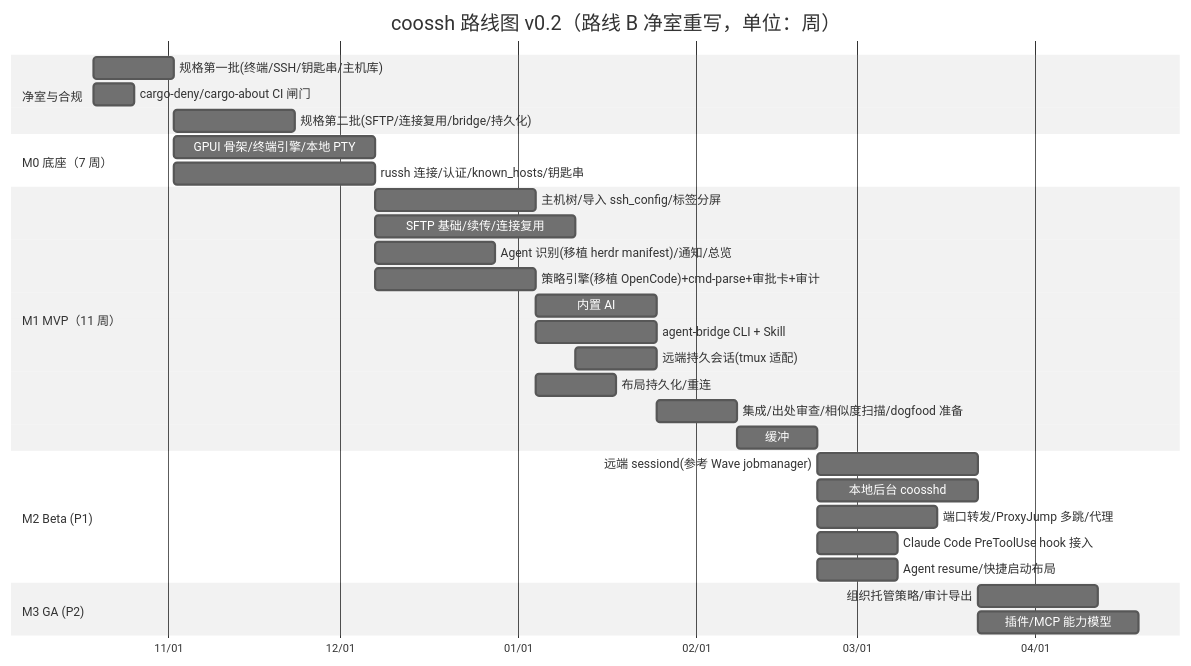
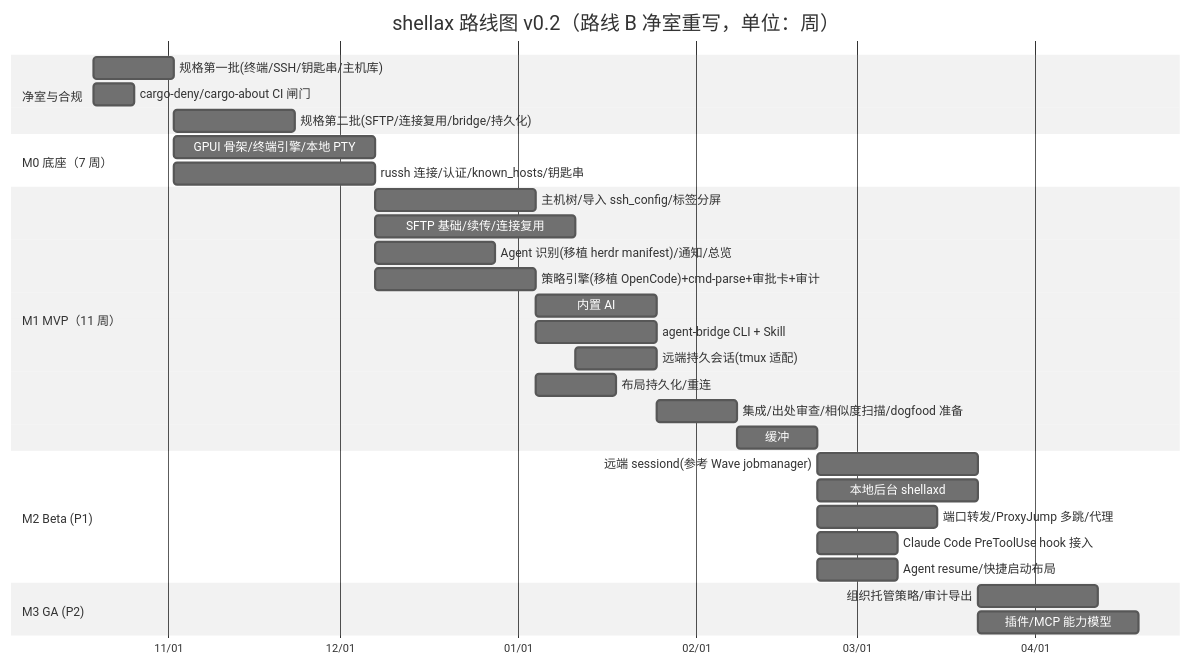
Before and after one commit to daxiangme/ShellAX: the eighth of 8 diagrams in docs/PRD.md, drawn with Mermaid (neutral theme). The commit also changed other lines of this file and 60 other files, not shown here.

Commit message:
Rename product coossh -> ShellAX (binaries shellax/shellax-cli, SHELLAX_ env, ShellAX dirs with coossh/AgentShell migration, keychain + hook legacy names, docs)

````diff
--- a/docs/PRD.md
+++ b/docs/PRD.md
@@ -1296,33 +1296,33 @@
 ```mermaid
 gantt
-    title coossh 路线图 v0.2（路线 B 净室重写，单位：周）
+    title shellax 路线图 v0.2（路线 B 净室重写，单位：周）
     dateFormat  YYYY-MM-DD
     axisFormat  %m/%d
     section 净室与合规
     规格第一批(终端/SSH/钥匙串/主机库)     :s0, 2026-10-19, 2w
     cargo-deny/cargo-about CI 闸门        :lic, 2026-10-19, 1w
     规格第二批(SFTP/连接复用/bridge/持久化) :s1, after s0, 3w
     section M0 底座（7 周）
     GPUI 骨架/终端引擎/本地 PTY           :m0a, after s0, 5w
     russh 连接/认证/known_hosts/钥匙串     :m0b, after s0, 5w
     section M1 MVP（11 周）
     主机树/导入 ssh_config/标签分屏         :m1a, after m0a, 4w
     SFTP 基础/续传/连接复用                :m1b, after m0b, 5w
     Agent 识别(移植 herdr manifest)/通知/总览 :m1c, after m0a, 3w
     策略引擎(移植 OpenCode)+cmd-parse+审批卡+审计 :m1d, after m0b, 4w
     内置 AI: NL→命令/错误解释/执行          :m1e, after m1d, 3w
     agent-bridge CLI + Skill               :m1f, after m1d, 3w
     远端持久会话(tmux 适配)                :m1g, after m1b, 2w
     布局持久化/重连                         :m1h, after m1a, 2w
     集成/出处审查/相似度扫描/dogfood 准备    :m1z, after m1g, 2w
     缓冲                                   :buf, after m1z, 2w
     section M2 Beta (P1)
     远端 sessiond(参考 Wave jobmanager)     :m2a, after buf, 4w
-    本地后台 coosshd                   :m2b, after buf, 4w
+    本地后台 shellaxd                   :m2b, after buf, 4w
     端口转发/ProxyJump 多跳/代理            :m2c, after buf, 3w
     Claude Code PreToolUse hook 接入        :m2d, after buf, 2w
     Agent resume/快捷启动布局               :m2e, after buf, 2w
     section M3 GA (P2)
     组织托管策略/审计导出                   :m3a, after m2a, 3w
     插件/MCP 能力模型                       :m3b, after m2a, 4w
 ```
````
